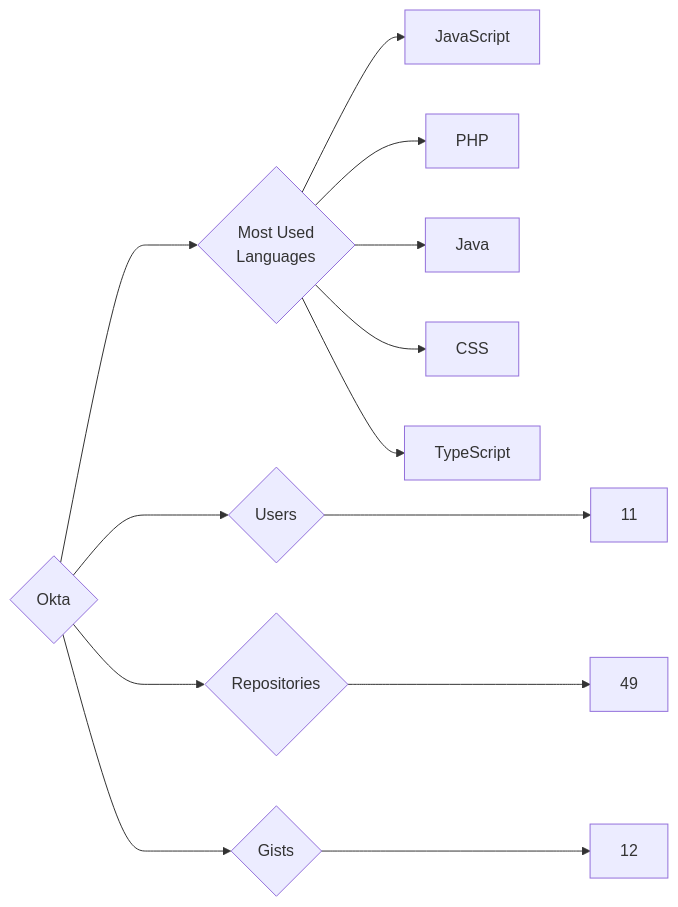
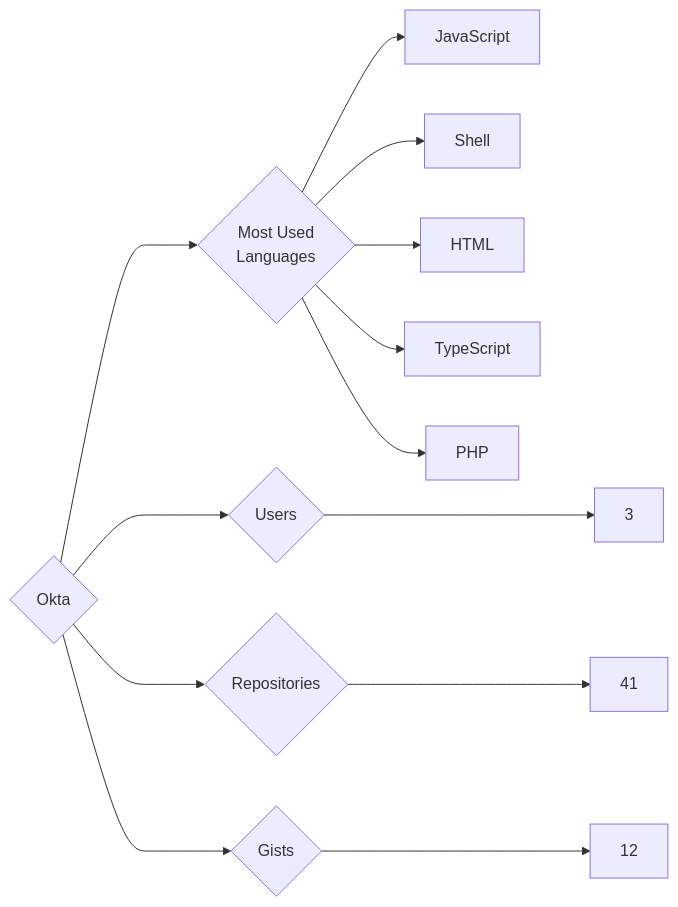
The diagram in targets/Okta/README.md (trickest/insiders), drawn with Mermaid before and after one commit. The commit also changed 1248 other files, not shown here.

````diff
--- a/targets/Okta/README.md
+++ b/targets/Okta/README.md
@@ -3,13 +3,13 @@
 ```mermaid
 graph LR
 COMPANY_NAME{Okta}
-COMPANY_NAME ---> U{Users} ---> UN[11]
-COMPANY_NAME ---> R{Repositories} ---> RN[49]
+COMPANY_NAME ---> U{Users} ---> UN[3]
+COMPANY_NAME ---> R{Repositories} ---> RN[41]
 COMPANY_NAME ---> G{Gists} ---> GN[12]
 COMPANY_NAME ---> ML{Most Used<br>Languages}
 ML --> JavaScript[JavaScript]
+ML --> Shell[Shell]
+ML --> HTML[HTML]
+ML --> TypeScript[TypeScript]
 ML --> PHP[PHP]
-ML --> Java[Java]
-ML --> CSS[CSS]
-ML --> TypeScript[TypeScript]
 ```
````
